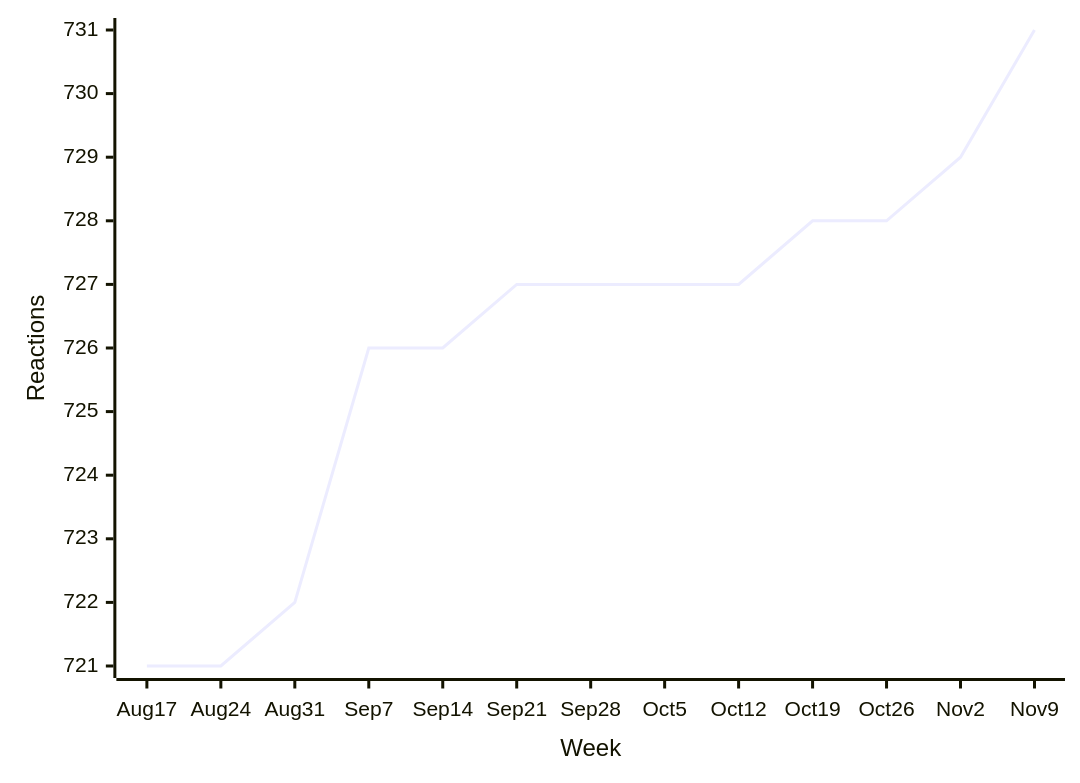
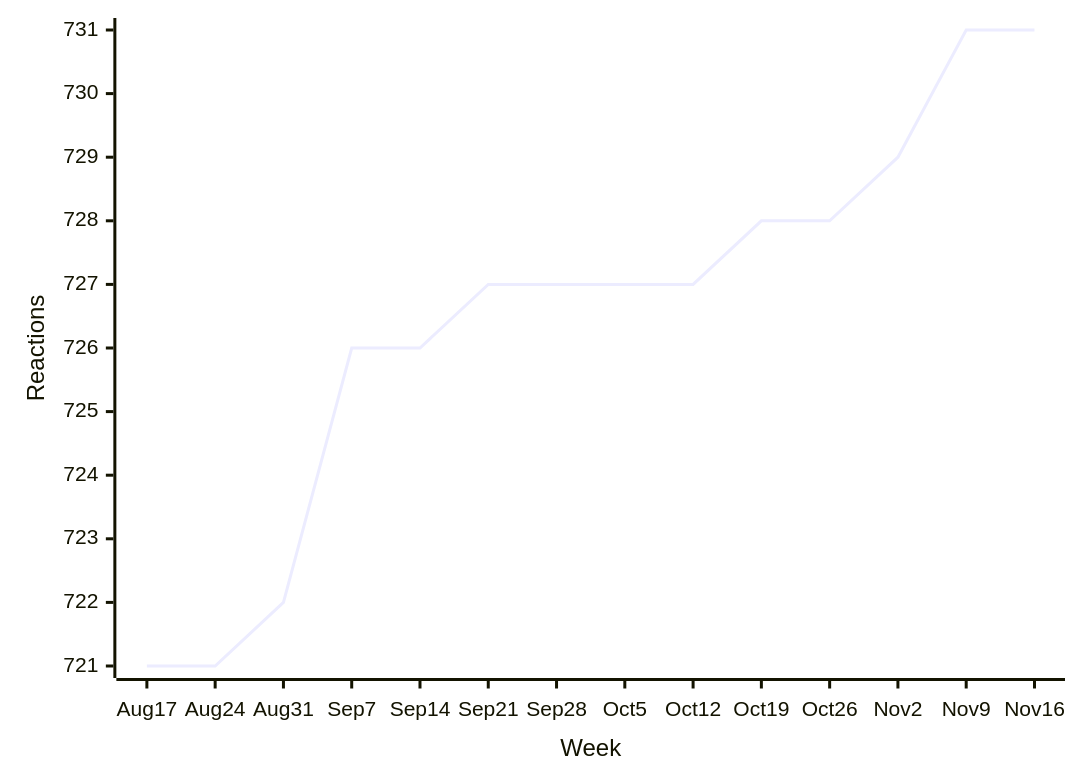
Diagram 11 of 38 in README.md (loic-sharma/github-insights), drawn with Mermaid before and after one commit. The commit also changed other lines of this file and 3 other files, not shown here.

````diff
--- a/README.md
+++ b/README.md
@@ -494,6 +494,6 @@
   ```mermaid
   xychart-beta
-    x-axis "Week" [Aug 17, Aug 24, Aug 31, Sep 7, Sep 14, Sep 21, Sep 28, Oct 5, Oct 12, Oct 19, Oct 26, Nov 2, Nov 9]
+    x-axis "Week" [Aug 17, Aug 24, Aug 31, Sep 7, Sep 14, Sep 21, Sep 28, Oct 5, Oct 12, Oct 19, Oct 26, Nov 2, Nov 9, Nov 16]
     y-axis "Reactions"
-    line [721, 721, 722, 726, 726, 727, 727, 727, 727, 728, 728, 729, 731]
+    line [721, 721, 722, 726, 726, 727, 727, 727, 727, 728, 728, 729, 731, 731]
   ```
````
